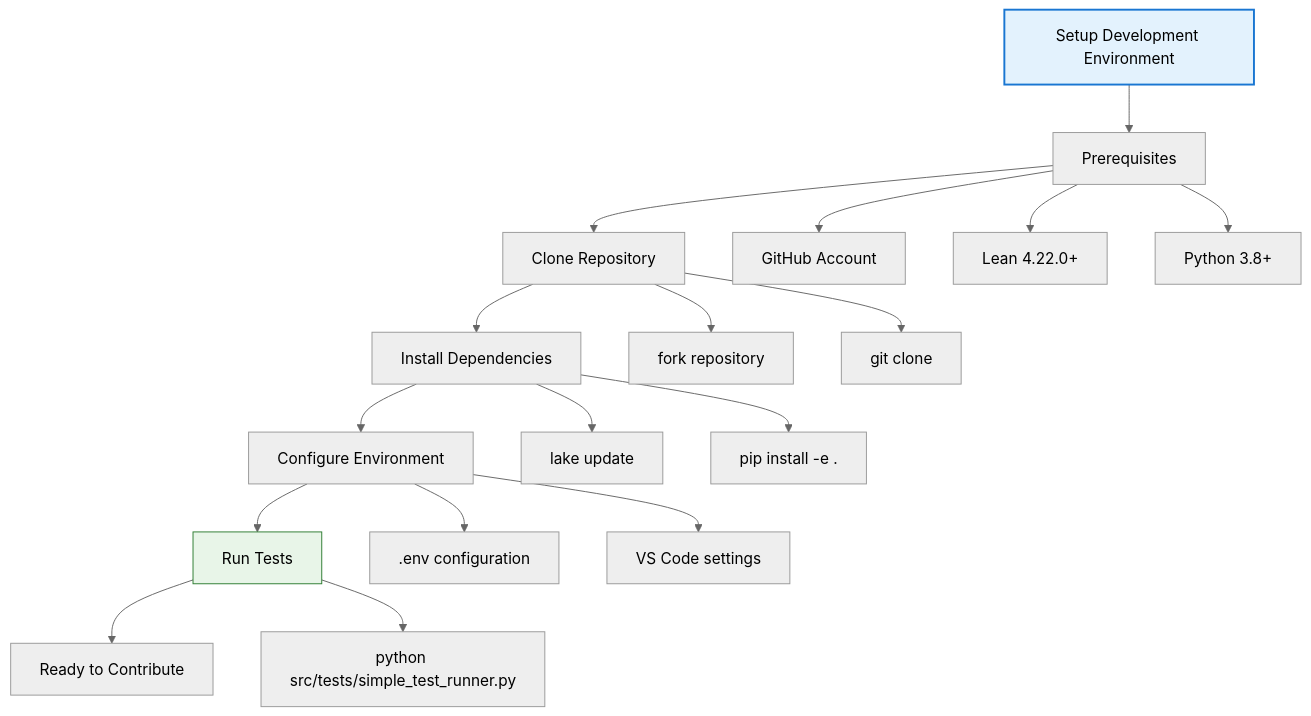
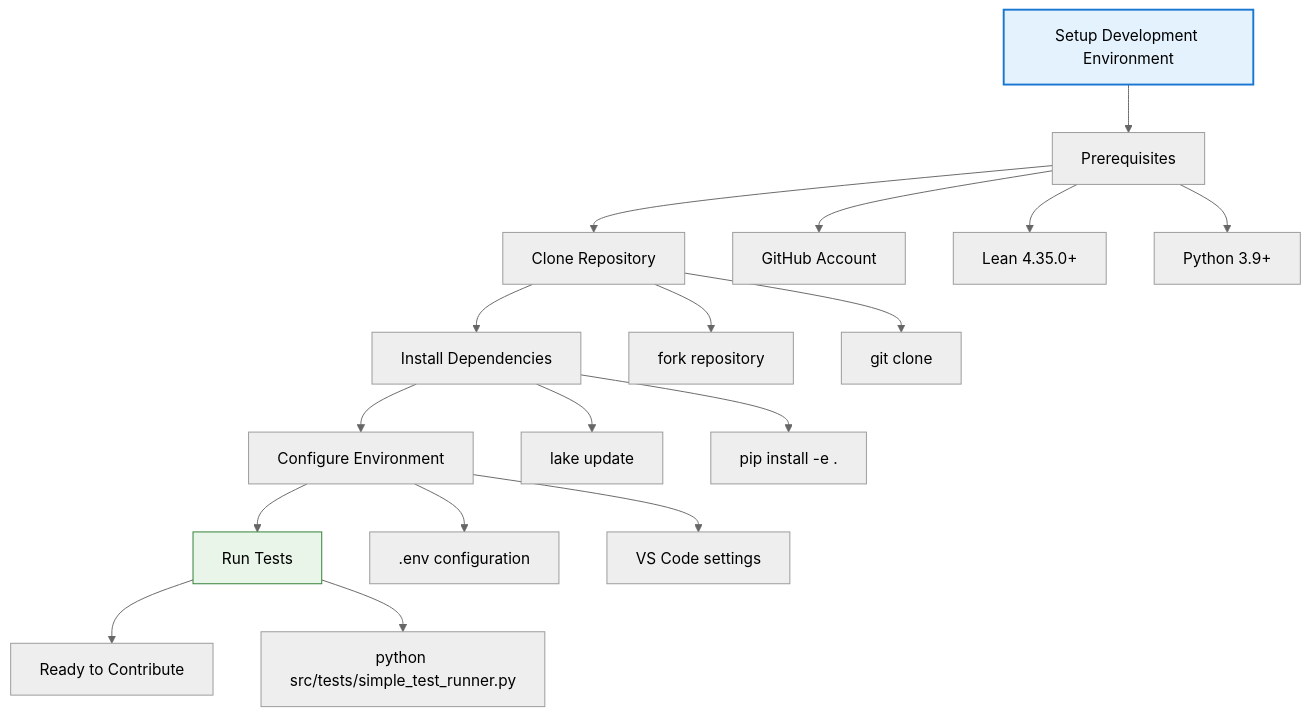
Before and after one commit to docxology/lean_niche: the second of 7 diagrams in docs/contributing.md, drawn with Mermaid (neutral theme). The commit also changed other lines of this file and 32 other files, not shown here.

````diff
--- a/docs/contributing.md
+++ b/docs/contributing.md
@@ -70,27 +70,27 @@
 ```mermaid
 graph TD
     A[Setup Development Environment] --> B[Prerequisites]
     B --> C[Clone Repository]
     C --> D[Install Dependencies]
     D --> E[Configure Environment]
     E --> F[Run Tests]
     F --> G[Ready to Contribute]
 
     B --> H[GitHub Account]
-    B --> I[Lean 4.22.0+]
-    B --> J[Python 3.8+]
+    B --> I[Lean 4.35.0+]
+    B --> J[Python 3.9+]
 
     C --> K[fork repository]
     C --> L[git clone]
 
     D --> M[lake update]
     D --> N[pip install -e .]
 
     E --> O[.env configuration]
     E --> P[VS Code settings]
 
     F --> Q[python src/tests/simple_test_runner.py]
 
     style A fill:#e3f2fd,stroke:#1976d2,stroke-width:2px
     style F fill:#e8f5e8,stroke:#2e7d32
 ```
````
